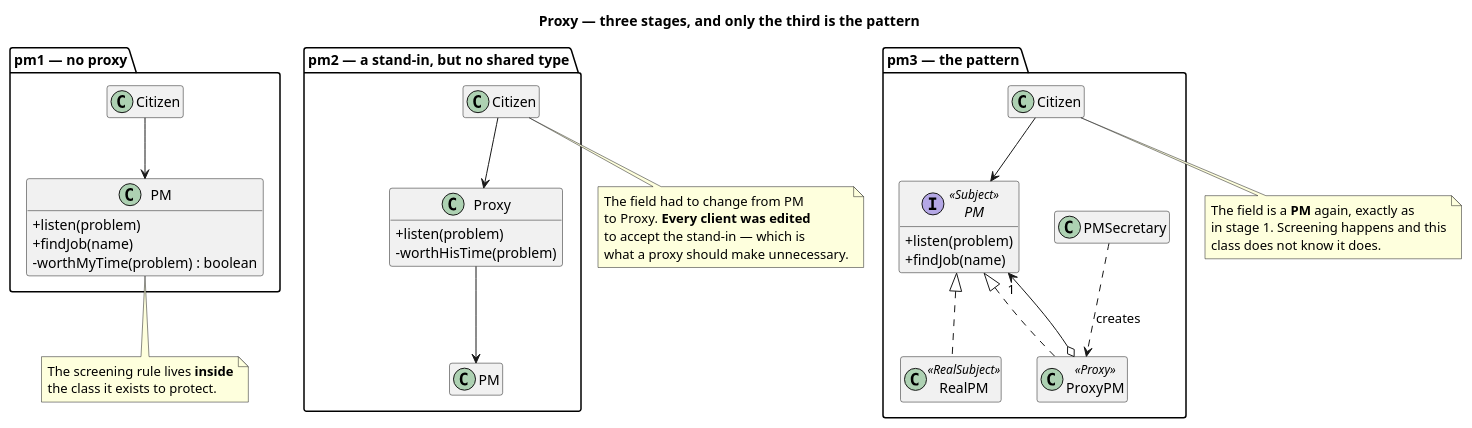
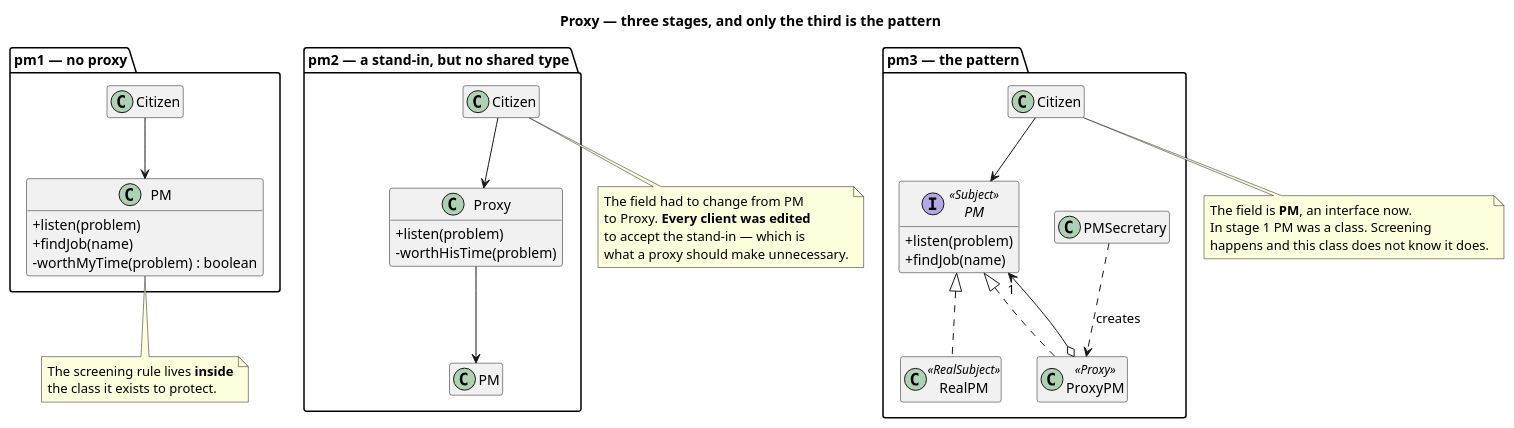
Before and after one commit to kaldiroglu/DesignPatternsWithJava: the diagram in src/main/java/dev/kaldiroglu/dp/introduction/proxy/pm/uml/Proxy - Prime Minister - Class Diagram.puml, drawn with PlantUML. The commit also changed 13 other files, not shown here.

First line of the commit message:
Proxy pm3: Citizen holds the PM interface, not "a PM, as in stage 1"

```diff
--- a/src/main/java/dev/kaldiroglu/dp/introduction/proxy/pm/uml/Proxy - Prime Minister - Class Diagram.puml
+++ b/src/main/java/dev/kaldiroglu/dp/introduction/proxy/pm/uml/Proxy - Prime Minister - Class Diagram.puml
@@ -1,63 +1,63 @@
 @startuml "Proxy - Prime Minister - Class Diagram"
 skinparam classAttributeIconSize 0
 hide empty members
 title Proxy — three stages, and only the third is the pattern
 
 
 package "pm1 — no proxy" {
   class PM1 as "PM" {
     + listen(problem)
     + findJob(name)
     - worthMyTime(problem) : boolean
   }
   class Citizen1 as "Citizen"
   Citizen1 --> PM1
 }
 
 package "pm2 — a stand-in, but no shared type" {
   class PM2 as "PM"
   class Proxy2 as "Proxy" {
     + listen(problem)
     - worthHisTime(problem)
   }
   class Citizen2 as "Citizen"
   Citizen2 --> Proxy2
   Proxy2 --> PM2
 }
 
 package "pm3 — the pattern" {
   interface PM3 as "PM" <<Subject>> {
     + listen(problem)
     + findJob(name)
   }
   class RealPM <<RealSubject>>
   class ProxyPM <<Proxy>>
   class PMSecretary
   class Citizen3 as "Citizen"
 
   PM3 <|.. RealPM
   PM3 <|.. ProxyPM
   ProxyPM o--> "1" PM3
   PMSecretary ..> ProxyPM : creates
   Citizen3 --> PM3
 }
 
 note bottom of PM1
   The screening rule lives <b>inside</b>
   the class it exists to protect.
 end note
 
 note bottom of Citizen2
   The field had to change from PM
   to Proxy. <b>Every client was edited</b>
   to accept the stand-in — which is
   what a proxy should make unnecessary.
 end note
 
 note bottom of Citizen3
-  The field is a <b>PM</b> again, exactly as
-  in stage 1. Screening happens and this
-  class does not know it does.
+  The field is <b>PM</b>, an interface now.
+  In stage 1 PM was a class. Screening
+  happens and this class does not know it does.
 end note
 
 @enduml
```
